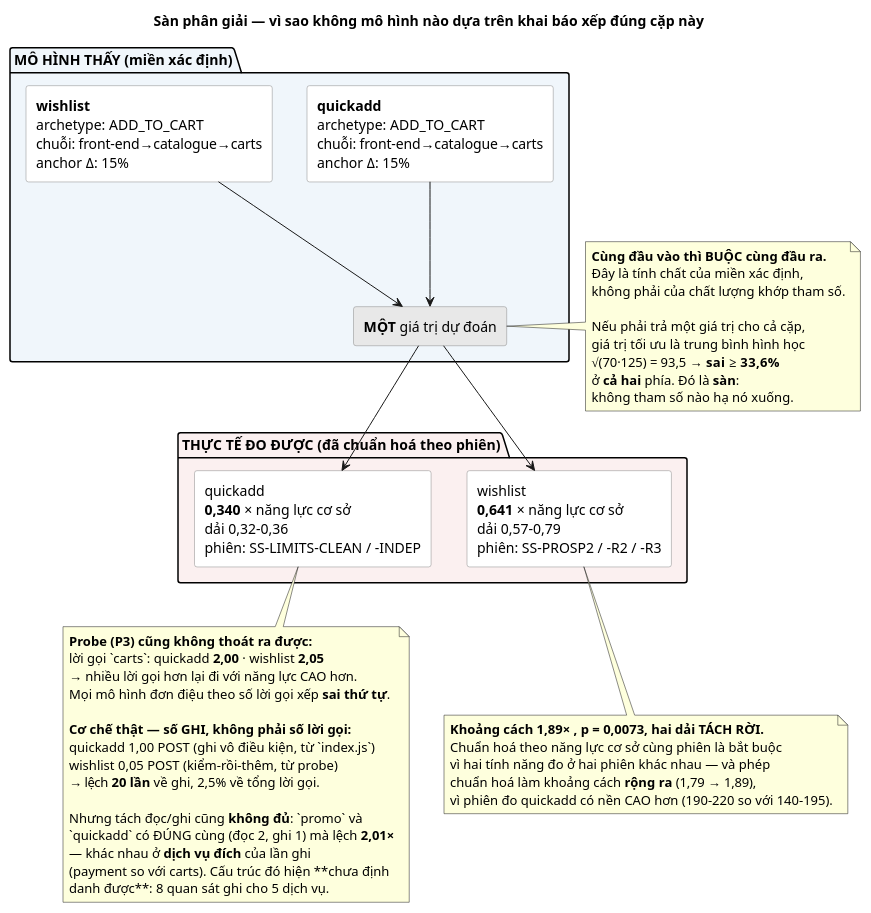
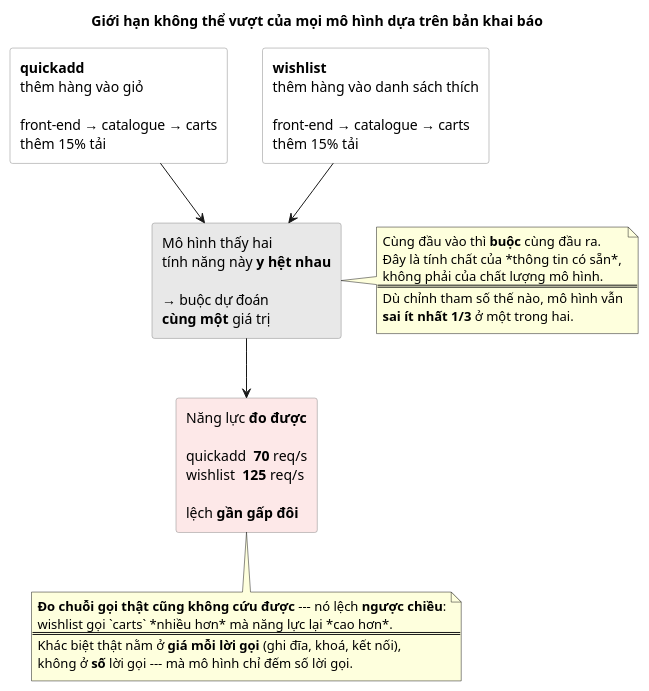
The diagram in papers/p1_du_phong/docs/figures/puml/40_san_phan_giai.puml (kkyaha/NCKH), drawn with PlantUML before and after one commit. The commit also changed 20 other files, not shown here.

Commit message:
feat: add RQ3 LLM parser benchmark report, LaTeX tables, and PlantUML diagrams for p1_du_phong

```diff
--- a/papers/p1_du_phong/docs/figures/puml/40_san_phan_giai.puml
+++ b/papers/p1_du_phong/docs/figures/puml/40_san_phan_giai.puml
@@ -1,61 +1,35 @@
 @startuml
-' MOTA: Sàn phân giải — chứng minh bất khả, không phải thiếu sót của mô hình
+' MOTA: Khối 5 — giới hạn không thể vượt: hai tính năng khai báo giống hệt, năng lực lệch gấp đôi
 skinparam defaultFontName Helvetica
 skinparam shadowing false
-title Sàn phân giải — vì sao **không** mô hình nào dựa trên khai báo xếp đúng cặp này
-
 skinparam rectangle {
   BorderColor #888888
 }
-package "MÔ HÌNH THẤY (miền xác định)" #F0F6FB {
-  rectangle "**quickadd**\narchetype: ADD_TO_CART\nchuỗi: front-end→catalogue→carts\nanchor Δ: 15%" as A #FFFFFF
-  rectangle "**wishlist**\narchetype: ADD_TO_CART\nchuỗi: front-end→catalogue→carts\nanchor Δ: 15%" as B #FFFFFF
-  rectangle "**MỘT** giá trị dự đoán" as PRED #E8E8E8
-  A -down-> PRED
-  B -down-> PRED
-}
-package "THỰC TẾ ĐO ĐƯỢC (đã chuẩn hoá theo phiên)" #FBF0F0 {
-  rectangle "quickadd\n**0,340** × năng lực cơ sở\ndải 0,32–0,36\nphiên: SS-LIMITS-CLEAN / -INDEP" as RA #FFFFFF
-  rectangle "wishlist\n**0,641** × năng lực cơ sở\ndải 0,57–0,79\nphiên: SS-PROSP2 / -R2 / -R3" as RB #FFFFFF
-}
-PRED -down-> RA
-PRED -down-> RB
+title Giới hạn **không thể vượt** của mọi mô hình dựa trên bản khai báo
 
-note right of PRED
-  **Cùng đầu vào thì BUỘC cùng đầu ra.**
-  Đây là tính chất của miền xác định,
-  không phải của chất lượng khớp tham số.
+rectangle "**quickadd**\nthêm hàng vào giỏ\n\nfront-end → catalogue → carts\nthêm 15% tải" as A #FFFFFF
+rectangle "**wishlist**\nthêm hàng vào danh sách thích\n\nfront-end → catalogue → carts\nthêm 15% tải" as B #FFFFFF
+rectangle "Mô hình thấy hai\ntính năng này **y hệt nhau**\n\n→ buộc dự đoán\n**cùng một** giá trị" as M #E8E8E8
+rectangle "Năng lực **đo được**\n\nquickadd  **70** req/s\nwishlist  **125** req/s\n\nlệch **gần gấp đôi**" as R #FDE8E8
 
-  Nếu phải trả một giá trị cho cả cặp,
-  giá trị tối ưu là trung bình hình học
-  √(70·125) = 93,5 → **sai ≥ 33,6%**
-  ở **cả hai** phía. Đó là **sàn**:
-  không tham số nào hạ nó xuống.
+A -down-> M
+B -down-> M
+M -down-> R
+
+note right of M
+  Cùng đầu vào thì **buộc** cùng đầu ra.
+  Đây là tính chất của *thông tin có sẵn*,
+  không phải của chất lượng mô hình.
+  ====
+  Dù chỉnh tham số thế nào, mô hình vẫn
+  **sai ít nhất 1/3** ở một trong hai.
 end note
 
-note bottom of RB
-  **Khoảng cách 1,89× , p = 0,0073, hai dải TÁCH RỜI.**
-  Chuẩn hoá theo năng lực cơ sở cùng phiên là bắt buộc
-  vì hai tính năng đo ở hai phiên khác nhau — và phép
-  chuẩn hoá làm khoảng cách **rộng ra** (1,79 → 1,89),
-  vì phiên đo quickadd có nền CAO hơn (190–220 so với 140–195).
-end note
-
-note bottom of RA
-  **Probe (P3) cũng không thoát ra được:**
-  lời gọi `carts`: quickadd **2,00** · wishlist **2,05**
-  → nhiều lời gọi hơn lại đi với năng lực CAO hơn.
-  Mọi mô hình đơn điệu theo số lời gọi xếp **sai thứ tự**.
-
-  **Cơ chế thật — số GHI, không phải số lời gọi:**
-  quickadd 1,00 POST (ghi vô điều kiện, từ `index.js`)
-  wishlist 0,05 POST (kiểm-rồi-thêm, từ probe)
-  → lệch **20 lần** về ghi, 2,5% về tổng lời gọi.
-
-  Nhưng tách đọc/ghi cũng **không đủ**: `promo` và
-  `quickadd` có ĐÚNG cùng (đọc 2, ghi 1) mà lệch **2,01×**
-  — khác nhau ở **dịch vụ đích** của lần ghi
-  (payment so với carts). Cấu trúc đó hiện **chưa định
-  danh được**: 8 quan sát ghi cho 5 dịch vụ.
+note bottom of R
+  **Đo chuỗi gọi thật cũng không cứu được** --- nó lệch **ngược chiều**:
+  wishlist gọi `carts` *nhiều hơn* mà năng lực lại *cao hơn*.
+  ====
+  Khác biệt thật nằm ở **giá mỗi lời gọi** (ghi đĩa, khoá, kết nối),
+  không ở **số** lời gọi --- mà mô hình chỉ đếm số lời gọi.
 end note
 @enduml
```
